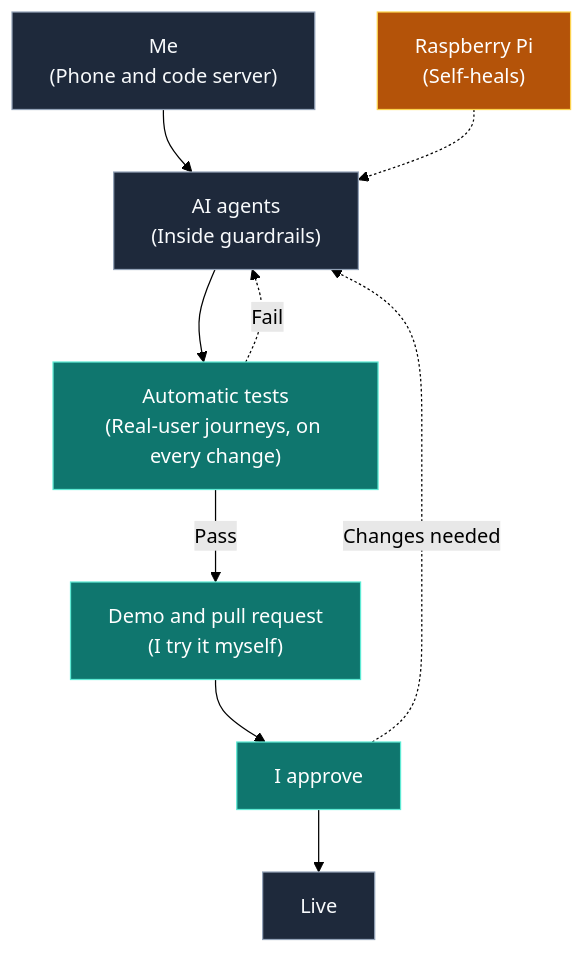
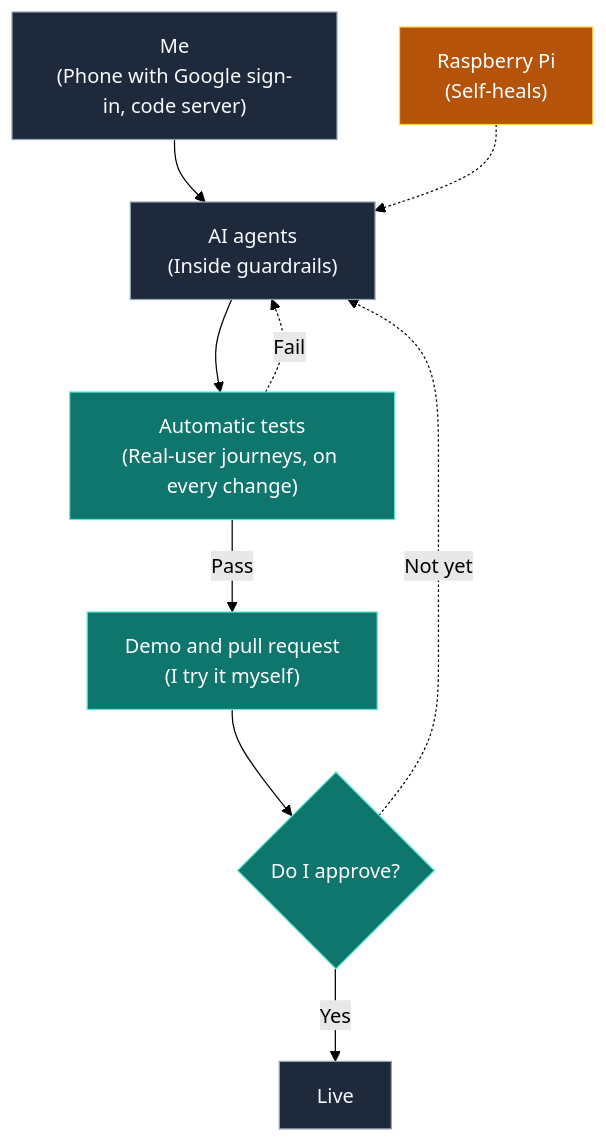
The first of 2 diagrams in README.md (murilobellatini/murilobellatini), drawn with Mermaid (forest theme) before and after one commit. The commit also changed other lines of this file and 1 other file, not shown here.

Commit message:
docs: approval as a decision, Google sign-in shown

````diff
--- a/README.md
+++ b/README.md
@@ -132,19 +132,19 @@
 ```mermaid
 flowchart TD
-    ME["Me<br>(Phone and code server)"] --> AG["AI agents<br>(Inside guardrails)"]
+    ME["Me<br>(Phone with Google sign-in, code server)"] --> AG["AI agents<br>(Inside guardrails)"]
     AG --> T["Automatic tests<br>(Real-user journeys, on every change)"]
     T -- Pass --> PR["Demo and pull request<br>(I try it myself)"]
     T -. Fail .-> AG
-    PR --> OK[I approve]
-    OK -. Changes needed .-> AG
-    OK --> LIVE[Live]
+    PR --> OK{"Do I approve?"}
+    OK -- Yes --> LIVE[Live]
+    OK -. Not yet .-> AG
 
     PI["Raspberry Pi<br>(Self-heals)"] -.-> AG
 
     classDef flow fill:#1e293b,stroke:#94a3b8,color:#f8fafc;
     classDef gate fill:#0f766e,stroke:#5eead4,color:#ffffff;
     classDef pi fill:#b45309,stroke:#fcd34d,color:#ffffff;
     class ME,AG,LIVE flow;
     class T,PR,OK gate;
     class PI pi;
 ```
````
